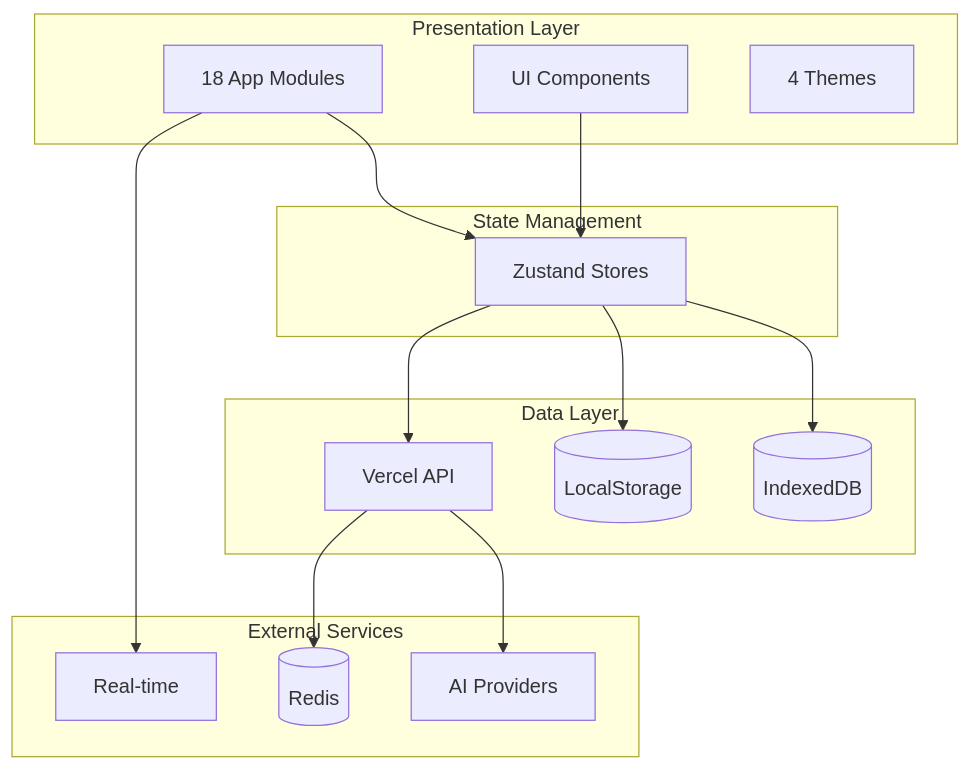
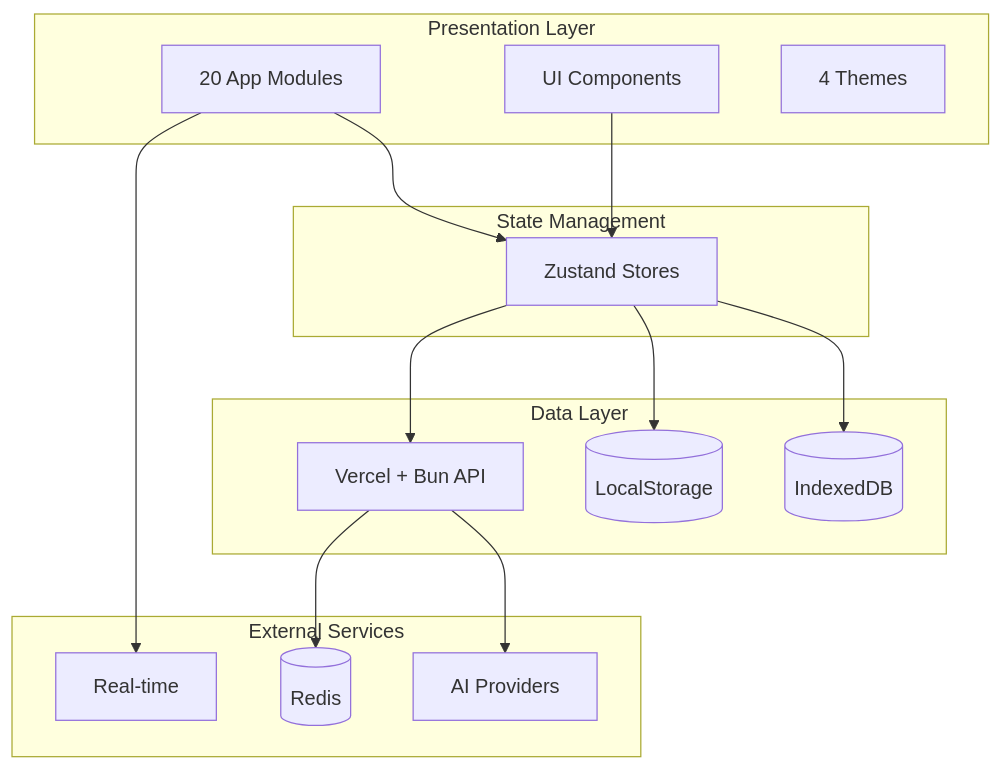
Before and after one commit to ryokun6/ryos: the diagram in docs/1-overview.md, drawn with Mermaid. The commit also changed other lines of this file and 2 other files, not shown here.

Commit message:
docs: refresh overview and architecture docs

````diff
--- a/docs/1-overview.md
+++ b/docs/1-overview.md
@@ -7,33 +7,33 @@
 ```mermaid
 graph TB
     subgraph Presentation["Presentation Layer"]
-        Apps[18 App Modules]
+        Apps[20 App Modules]
         UI[UI Components]
         Themes[4 Themes]
     end
     
     subgraph State["State Management"]
         Zustand[Zustand Stores]
     end
     
     subgraph Data["Data Layer"]
         IndexedDB[(IndexedDB)]
         LocalStorage[(LocalStorage)]
-        API[Vercel API]
+        API[Vercel + Bun API]
     end
     
     subgraph External["External Services"]
         AI[AI Providers]
         Pusher[Real-time]
         Redis[(Redis)]
     end
     
     Apps --> Zustand
     UI --> Zustand
     Zustand --> IndexedDB
     Zustand --> LocalStorage
     Zustand --> API
     API --> AI
     API --> Redis
     Apps --> Pusher
 ```
````
